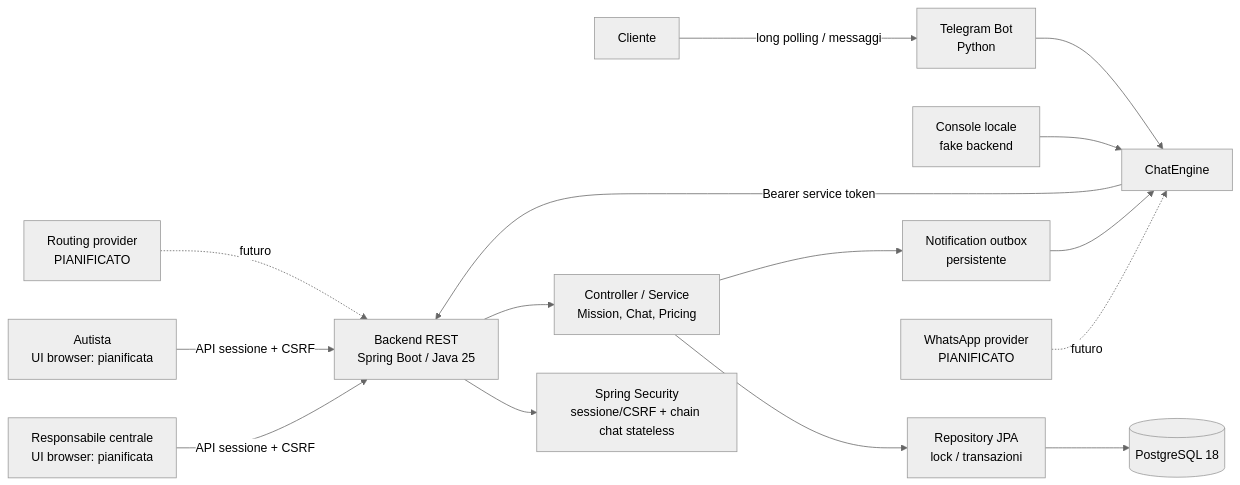
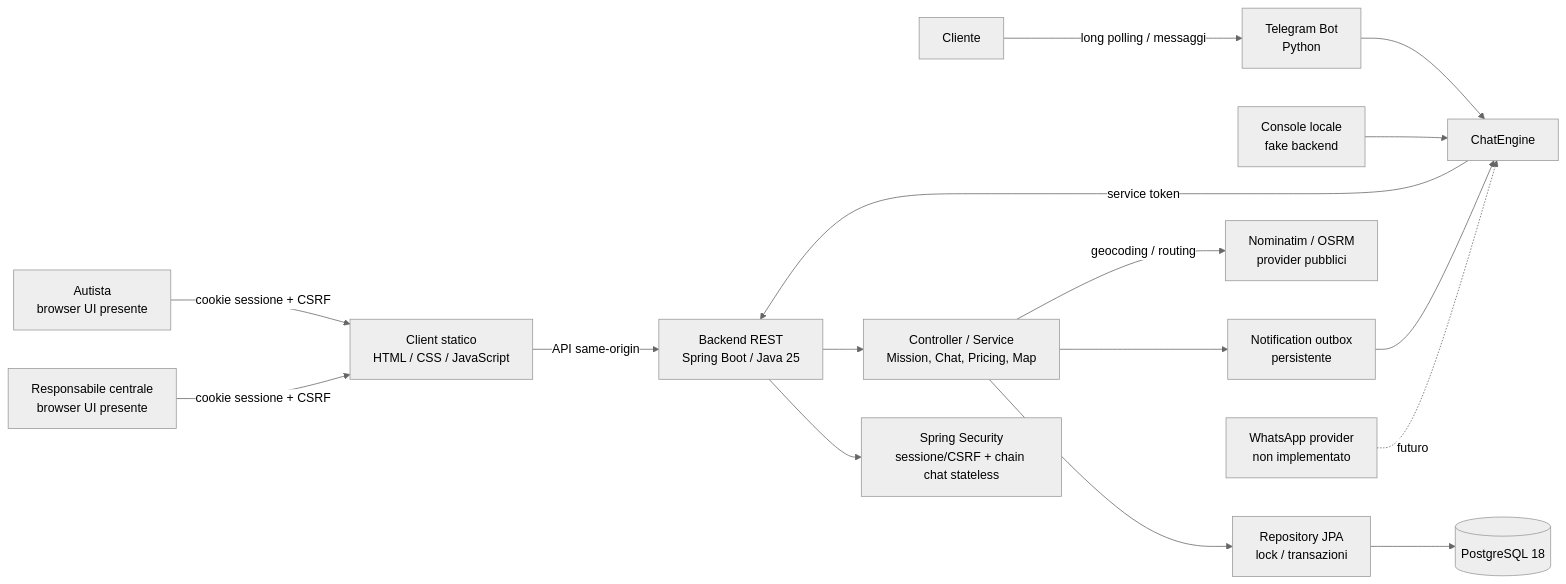
Before and after one commit to coluccimarco/fornitori-soccorso: the diagram in docs/diagrams/architecture.mmd, drawn with Mermaid (neutral theme). The commit also changed 96 other files, not shown here.

```diff
--- a/docs/diagrams/architecture.mmd
+++ b/docs/diagrams/architecture.mmd
@@ -1,16 +1,17 @@
-%% FORNITORI | contesto runtime integrato | baseline 25c613b | 03/11/2026
+%% FORNITORI | runtime integrato | baseline f763d53 | 03/11/2026
 flowchart LR
-    Centrale["Responsabile centrale<br/>UI browser: pianificata"] -->|API sessione + CSRF| API["Backend REST<br/>Spring Boot / Java 25"]
-    Autista["Autista<br/>UI browser: pianificata"] -->|API sessione + CSRF| API
+    Centrale["Responsabile centrale<br/>browser UI presente"] -->|cookie sessione + CSRF| Web["Client statico<br/>HTML / CSS / JavaScript"]
+    Autista["Autista<br/>browser UI presente"] -->|cookie sessione + CSRF| Web
+    Web -->|API same-origin| API["Backend REST<br/>Spring Boot / Java 25"]
     Cliente["Cliente"] -->|long polling / messaggi| TG["Telegram Bot<br/>Python"]
     Console["Console locale<br/>fake backend"] --> Bot["ChatEngine"]
     TG --> Bot
-    Bot -->|Bearer service token| API
+    Bot -->|"service token"| API
     API --> Security["Spring Security<br/>sessione/CSRF + chain chat stateless"]
-    API --> Services["Controller / Service<br/>Mission, Chat, Pricing"]
+    API --> Services["Controller / Service<br/>Mission, Chat, Pricing, Map"]
     Services --> Repos["Repository JPA<br/>lock / transazioni"]
     Repos --> DB[("PostgreSQL 18")]
     Services --> Outbox["Notification outbox<br/>persistente"]
     Outbox --> Bot
-    Map["Routing provider<br/>PIANIFICATO"] -. futuro .-> API
-    WA["WhatsApp provider<br/>PIANIFICATO"] -. futuro .-> Bot
+    Services -->|geocoding / routing| Maps["Nominatim / OSRM<br/>provider pubblici"]
+    WA["WhatsApp provider<br/>non implementato"] -. futuro .-> Bot
```
